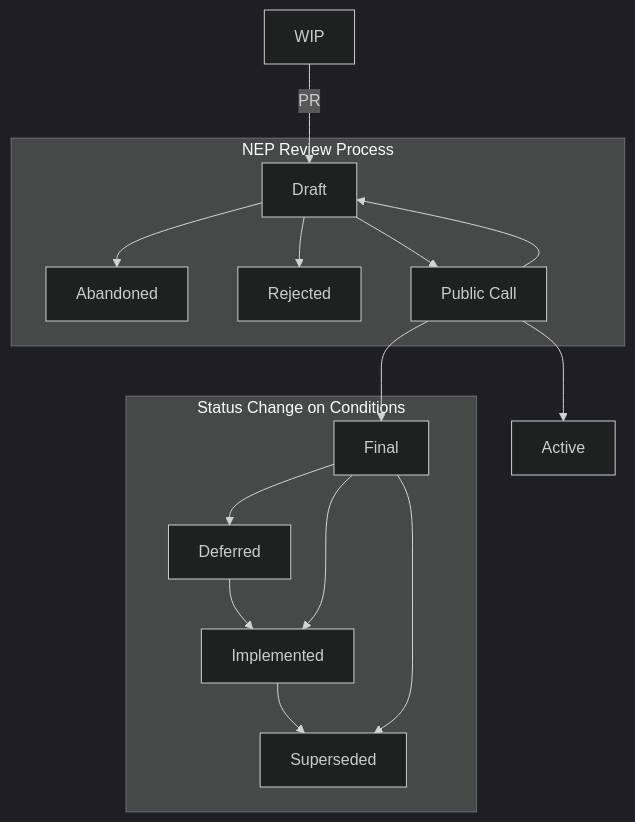
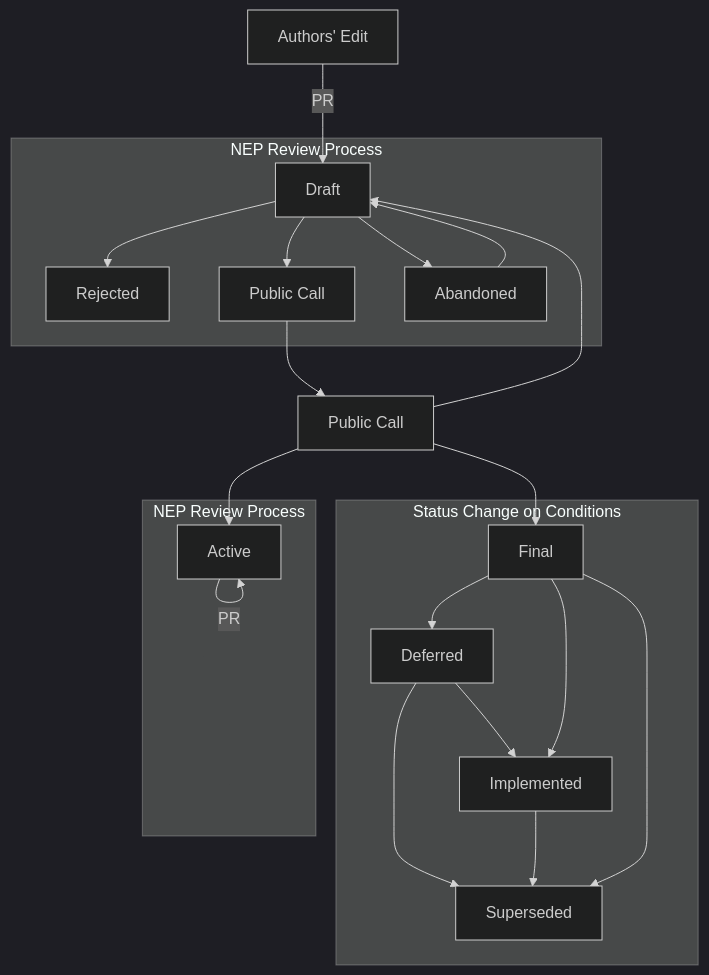
Before and after one commit to arisac/nepdemo: the diagram in guides/nep-status.md, drawn with Mermaid (dark theme). The commit also changed 18 other files, not shown here.

```diff
--- a/guides/nep-status.md
+++ b/guides/nep-status.md
@@ -125,22 +125,32 @@
 {{<mermaid class="text-center">}}
 graph TD
-WIP --> |PR| Draft
+
+AuthorEdit[Authors' Edit] --> |PR| Draft
+
 subgraph "NEP Review Process"
-Draft --> Abandoned
 Draft --> Rejected
 Draft --> PublicCall[Public Call]
+Draft --> Abandoned
+Abandoned --> Draft
 end
 
-      PublicCall --> Draft
-      PublicCall --> Final
-      PublicCall --> Active
+PublicCall --> PublicCall_Merged[Public Call]
 
-      subgraph "Status Change on Conditions"
-        Final -->  Deferred
-        Deferred --> Implemented
-        Final -->  Implemented
-        Implemented --> Superseded
-        Final -->  Superseded
-      end
+PublicCall_Merged --> Draft
+PublicCall_Merged --> Final
+PublicCall_Merged --> Active
+
+subgraph "Status Change on Conditions"
+Final --> Deferred
+Deferred --> Implemented
+Final --> Implemented
+Deferred --> Superseded
+Implemented --> Superseded
+Final --> Superseded
+end
+
+subgraph "NEP Review Process"
+Active --> |PR| Active
+end
 
 {{</mermaid >}}
```
